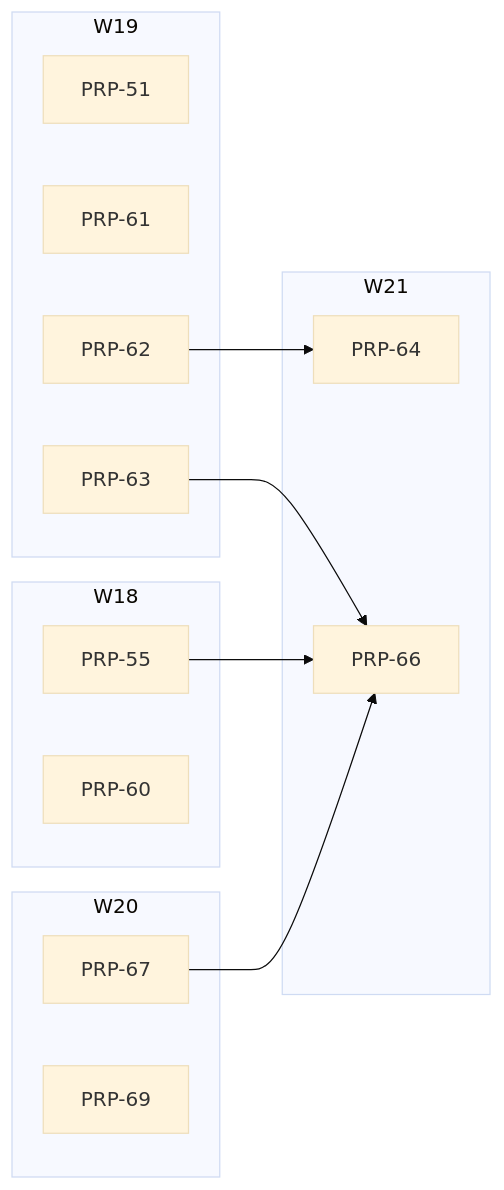
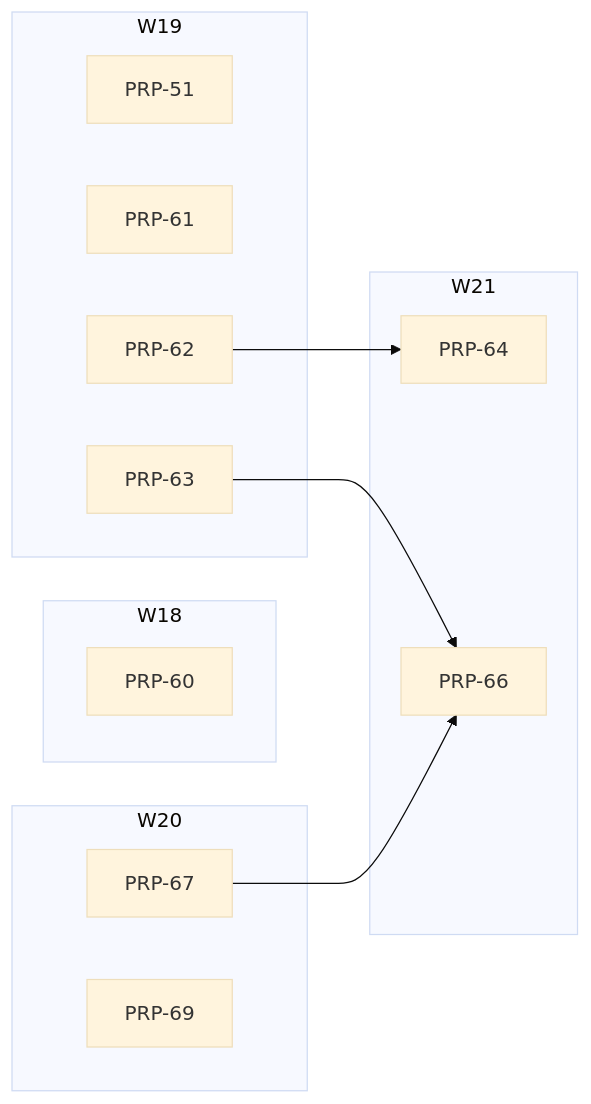
One commit to fgarofalo56/neurosphere changed the diagram in PRPs/EXECUTION-PLAN.md. Above: the diagram before and after it, drawn with Mermaid (base theme). The commit also changed other lines of this file and 8 other files, not shown here.

````diff
--- a/PRPs/EXECUTION-PLAN.md
+++ b/PRPs/EXECUTION-PLAN.md
@@ -95,25 +94,23 @@
 ```mermaid
 flowchart LR
   subgraph W18
-    P55["PRP-55"]
     P60["PRP-60"]
   end
   subgraph W19
     P51["PRP-51"]
     P61["PRP-61"]
     P62["PRP-62"]
     P63["PRP-63"]
   end
   subgraph W20
     P67["PRP-67"]
     P69["PRP-69"]
   end
   subgraph W21
     P64["PRP-64"]
     P66["PRP-66"]
   end
   P62 --> P64
-  P55 --> P66
   P63 --> P66
   P67 --> P66
 ```
````
